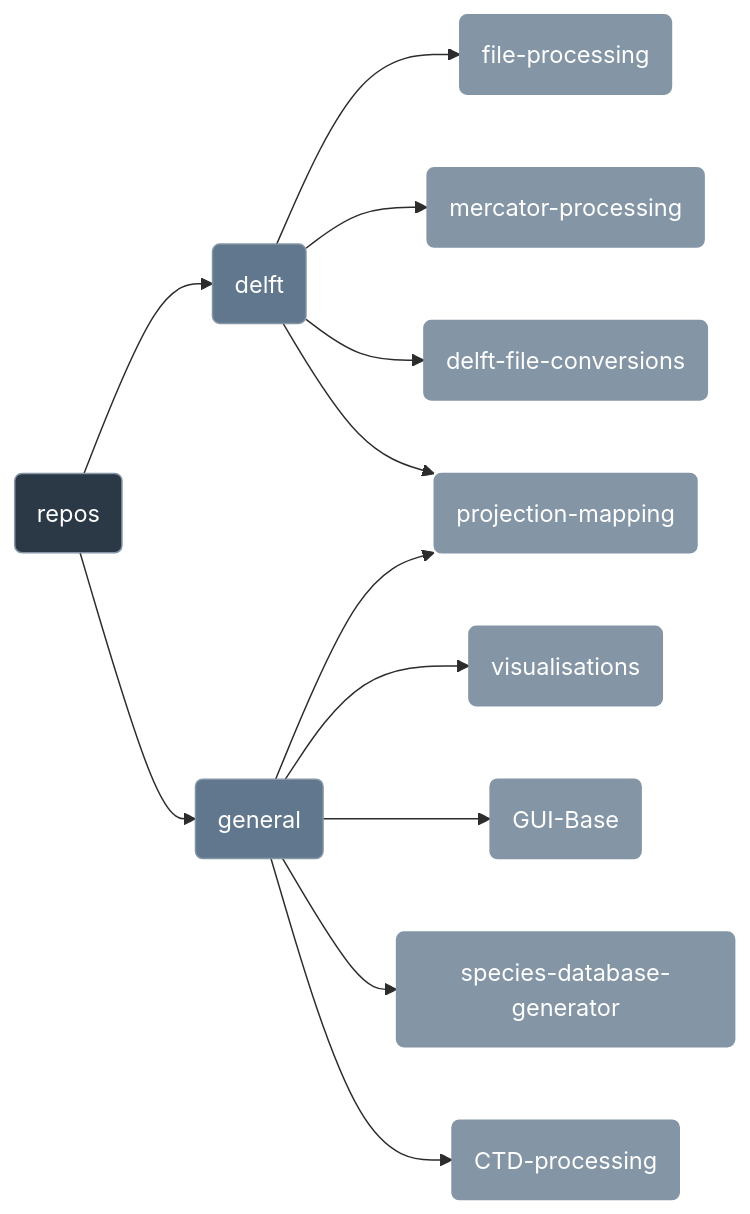
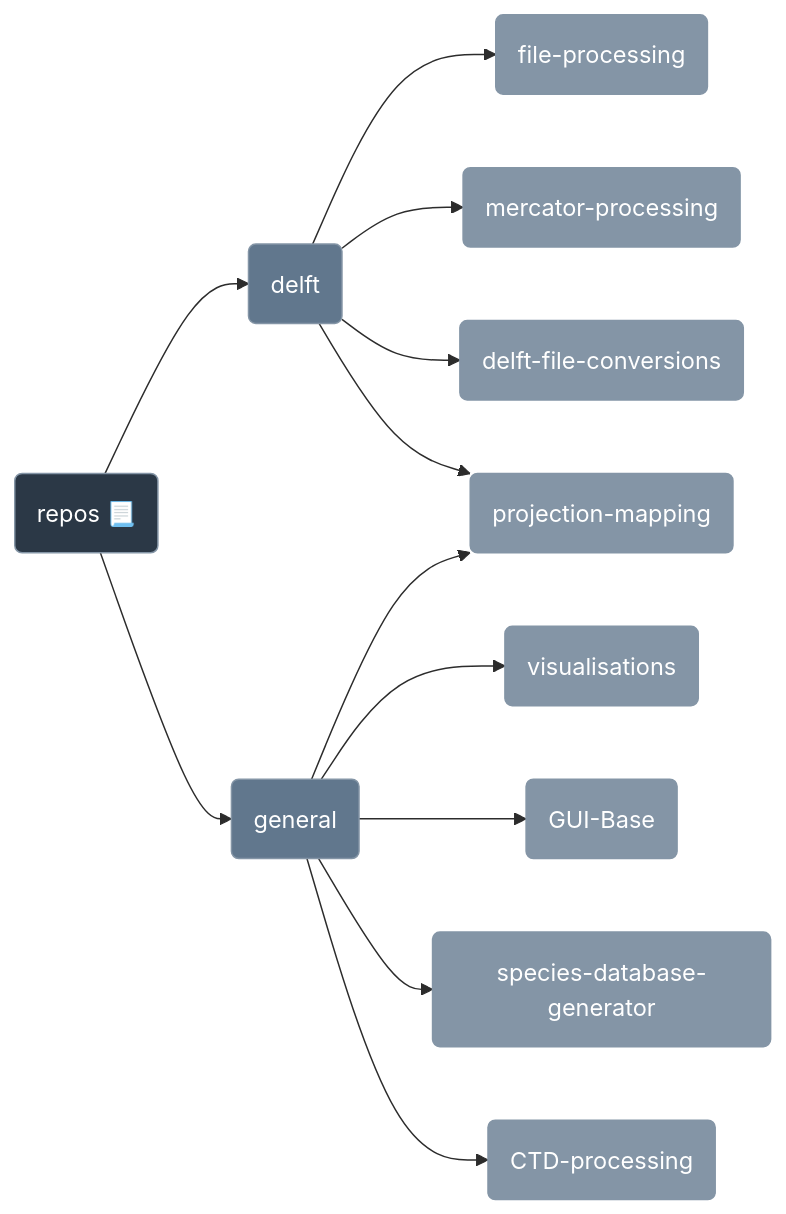
Before and after one commit to Anchor-Environmental/.github: the diagram in README.md, drawn with Mermaid. The commit also changed other lines of this file, not shown here.

````diff
--- a/README.md
+++ b/README.md
@@ -35,26 +50,26 @@
 ```mermaid
 %%{init: {'theme':'base', 'themeVariables': {
       'primaryColor': '#61778d',
       'primaryTextColor': '#fff',
       'primaryBorderColor': '#8495a6',
       'lineColor': '#2c2c2c',
       'secondaryColor': '#8495a6',
       'tertiaryColor': '#8495a6'
     }}}%%
 flowchart LR
-  A(repos):::layer0-->B(delft):::layer1
+  A(repos 📃):::layer0-->B(delft):::layer1
   B(delft)-->C(file-processing):::layer2
   B-->J(mercator-processing):::layer2
   B-->E(delft-file-conversions):::layer2
   B-->D(projection-mapping):::layer2
-  A(repos)-->F(general):::layer1
+  A(repos 📃)-->F(general):::layer1
   F-->G(visualisations):::layer2
   F-->D(projection-mapping):::layer2
   F-->I(GUI-Base):::layer2
   F-->K(species-database-generator):::layer2
   F-->L(CTD-processing):::layer2
 
  classDef layer0 fill:#2b3846
  classDef layer1 fill:#61778d
  classDef layer2 fill:#8495a6
 ```
````
